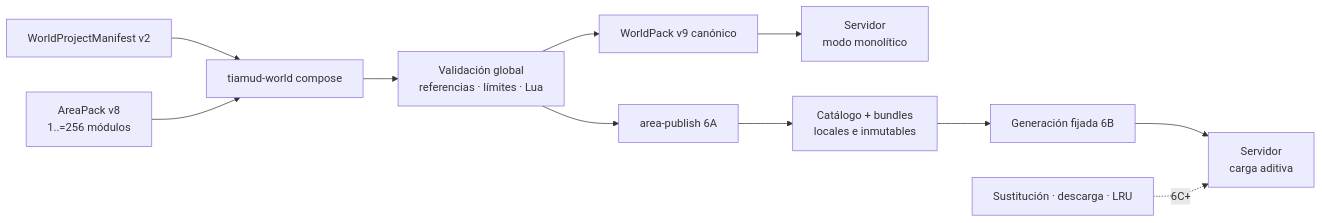
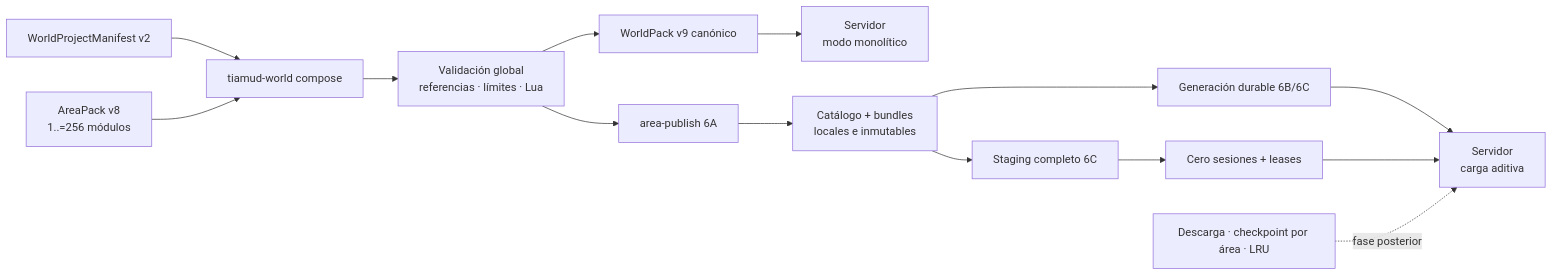
One commit to hyukudan/tiamud changed the first of 2 diagrams in docs/world-authoring.md. Above: the diagram before and after it, drawn with Mermaid. The commit also changed other lines of this file and 29 other files, not shown here.

````diff
--- a/docs/world-authoring.md
+++ b/docs/world-authoring.md
@@ -37,16 +38,19 @@
 ```mermaid
 flowchart LR
-    accTitle: Flujo vigente monolítico y aditivo local de Tiamud
-    accDescr: Las áreas se componen y validan fuera de línea. El servidor elige el WorldPack completo o una generación local fijada cuyos bundles se incorporan de forma aditiva.
+    accTitle: Flujo monolítico y generaciones locales de Tiamud
+    accDescr: Las áreas se componen y validan fuera de línea. El servidor elige el WorldPack completo o una generación local durable, incorpora bundles bajo demanda y puede sustituir solo la generación completa en quiescencia.
 
     Project[WorldProjectManifest v2] --> Compose[tiamud-world compose]
     Areas[AreaPack v8<br/>1..=256 módulos] --> Compose
     Compose --> Validate[Validación global<br/>referencias · límites · Lua]
     Validate --> Artifact[WorldPack v9 canónico]
     Artifact --> Monolithic[Servidor<br/>modo monolítico]
     Validate --> Publish[area-publish 6A]
     Publish --> Catalog[Catálogo + bundles<br/>locales e inmutables]
-    Catalog --> Fixed[Generación fijada 6B]
-    Fixed --> Server[Servidor<br/>carga aditiva]
-    Future[Sustitución · descarga · LRU] -. 6C+ .-> Server
+    Catalog --> Durable[Generación durable 6B/6C]
+    Durable --> Server[Servidor<br/>carga aditiva]
+    Catalog --> Stage[Staging completo 6C]
+    Stage --> Quiet[Cero sesiones + leases]
+    Quiet --> Server
+    Future[Descarga · checkpoint por área · LRU] -. fase posterior .-> Server
 ```
````
